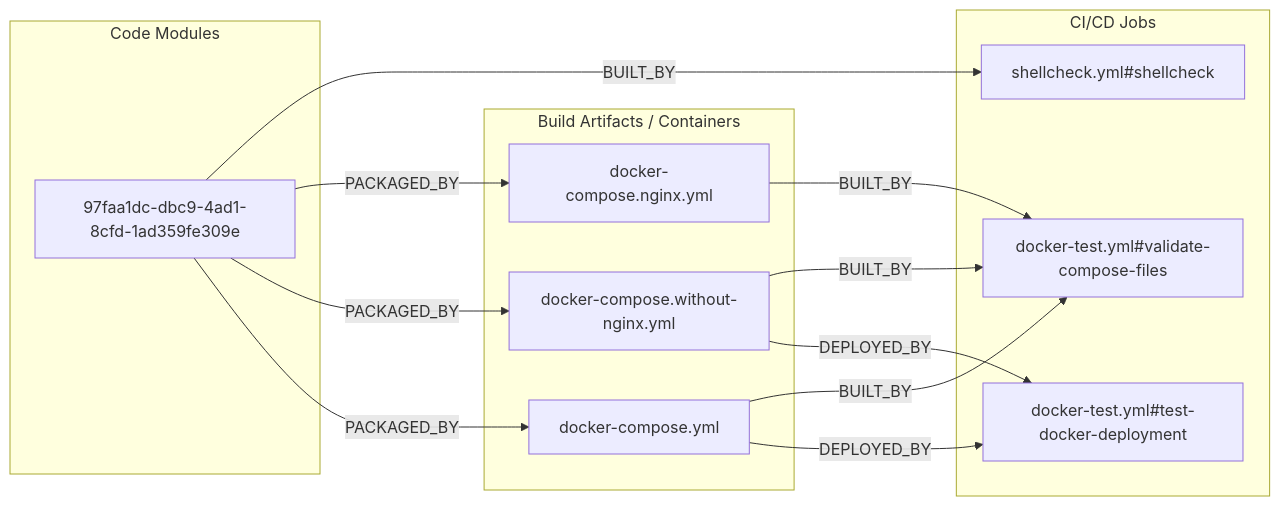
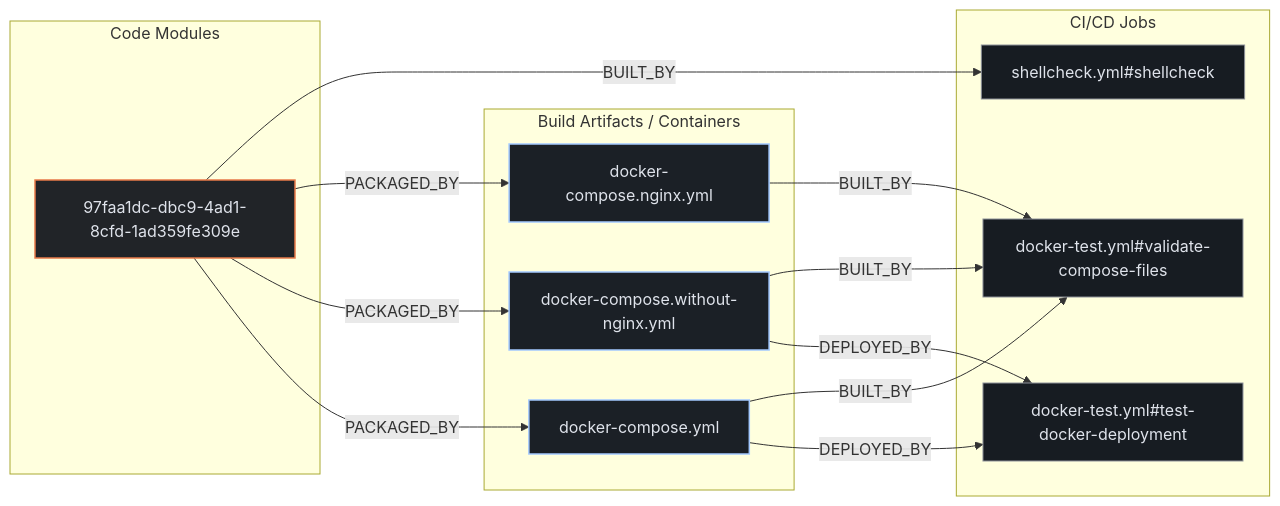
The second of 3 diagrams in exports/latest/reports/mattermost-docker-report.md (kumarshaz/atruss-code-atlas), drawn with Mermaid before and after one commit. The commit also changed other lines of this file and 331 other files, not shown here.

Commit message:
docs,ui,fix: update SDLC docs, reorder CI/CD DAG first, stylize Mermaid, and fix Arc42 pipeline topology

````diff
--- a/exports/latest/reports/mattermost-docker-report.md
+++ b/exports/latest/reports/mattermost-docker-report.md
@@ -80,25 +87,29 @@
 ```mermaid
 flowchart LR
+    classDef atlasCategory fill:#212428,stroke:#E87A48,stroke-width:1.5px,color:#dfe3eb
+    classDef atlasWorkflow fill:#1b2026,stroke:#a3c9ff,stroke-width:1.5px,color:#dfe3eb
+    classDef atlasJob fill:#171c22,stroke:#8d9199,stroke-width:1px,color:#dfe3eb
+    classDef atlasTarget fill:#005227,stroke:#8bd99b,stroke-width:1.5px,color:#a7f6b6
     subgraph code_modules["Code Modules"]
-        mod_97faa1dc_dbc9_4ad1_8cfd_1ad359fe309e["97faa1dc-dbc9-4ad1-8cfd-1ad359fe309e"]
+        mod_97faa1dc_dbc9_4ad1_8cfd_1ad359fe309e["97faa1dc-dbc9-4ad1-8cfd-1ad359fe309e"]:::atlasCategory
     end
     subgraph build_artifacts["Build Artifacts / Containers"]
-        art_docker_compose_nginx_yml["docker-compose.nginx.yml"]
-        art_docker_compose_without_nginx_yml["docker-compose.without-nginx.yml"]
-        art_docker_compose_yml["docker-compose.yml"]
+        art_docker_compose_nginx_yml["docker-compose.nginx.yml"]:::atlasWorkflow
+        art_docker_compose_without_nginx_yml["docker-compose.without-nginx.yml"]:::atlasWorkflow
+        art_docker_compose_yml["docker-compose.yml"]:::atlasWorkflow
     end
     subgraph ci_jobs["CI/CD Jobs"]
-        job_docker_test_yml_test_docker_deployment["docker-test.yml#test-docker-deployment"]
-        job_docker_test_yml_validate_compose_files["docker-test.yml#validate-compose-files"]
-        job_shellcheck_yml_shellcheck["shellcheck.yml#shellcheck"]
+        job_docker_test_yml_test_docker_deployment["docker-test.yml#test-docker-deployment"]:::atlasJob
+        job_docker_test_yml_validate_compose_files["docker-test.yml#validate-compose-files"]:::atlasJob
+        job_shellcheck_yml_shellcheck["shellcheck.yml#shellcheck"]:::atlasJob
     end
     mod_97faa1dc_dbc9_4ad1_8cfd_1ad359fe309e -->|BUILT_BY| job_shellcheck_yml_shellcheck
     mod_97faa1dc_dbc9_4ad1_8cfd_1ad359fe309e -->|PACKAGED_BY| art_docker_compose_nginx_yml
     mod_97faa1dc_dbc9_4ad1_8cfd_1ad359fe309e -->|PACKAGED_BY| art_docker_compose_without_nginx_yml
     mod_97faa1dc_dbc9_4ad1_8cfd_1ad359fe309e -->|PACKAGED_BY| art_docker_compose_yml
     art_docker_compose_nginx_yml -->|BUILT_BY| job_docker_test_yml_validate_compose_files
     art_docker_compose_without_nginx_yml -->|BUILT_BY| job_docker_test_yml_validate_compose_files
     art_docker_compose_without_nginx_yml -->|DEPLOYED_BY| job_docker_test_yml_test_docker_deployment
     art_docker_compose_yml -->|BUILT_BY| job_docker_test_yml_validate_compose_files
     art_docker_compose_yml -->|DEPLOYED_BY| job_docker_test_yml_test_docker_deployment
 ```
````
